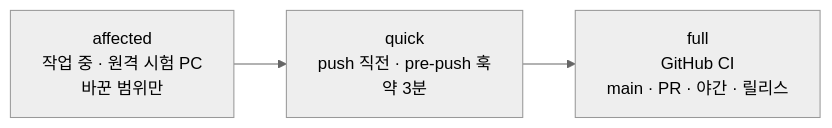
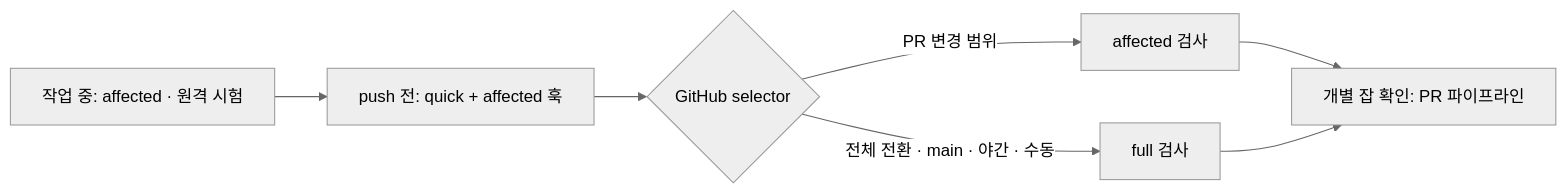
The second of 2 diagrams in docs/reference/developer-guide.md (robotics-team-1213/rosy-platform), drawn with Mermaid (neutral theme) before and after one commit. The commit also changed other lines of this file and 12 other files, not shown here.

````diff
--- a/docs/reference/developer-guide.md
+++ b/docs/reference/developer-guide.md
@@ -90,4 +74,9 @@
 ```mermaid
 flowchart LR
-    a["affected<br/>작업 중 · 원격 시험 PC<br/>바꾼 범위만"] --> q["quick<br/>push 직전 · pre-push 훅<br/>약 3분"] --> f["full<br/>GitHub CI<br/>main · PR · 야간 · 릴리스"]
+    a["작업 중: affected · 원격 시험"] --> q["push 전: quick + affected 훅"]
+    q --> ci{"GitHub selector"}
+    ci -->|PR 변경 범위| affected["affected 검사"]
+    ci -->|전체 전환 · main · 야간 · 수동| full["full 검사"]
+    affected --> result["개별 잡 확인: PR 파이프라인"]
+    full --> result
 ```
````
